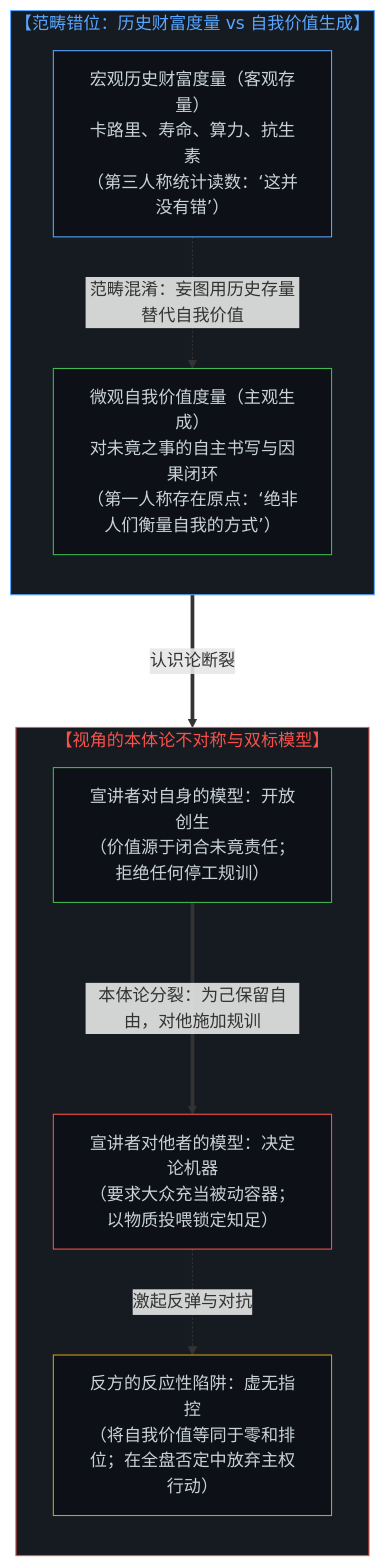
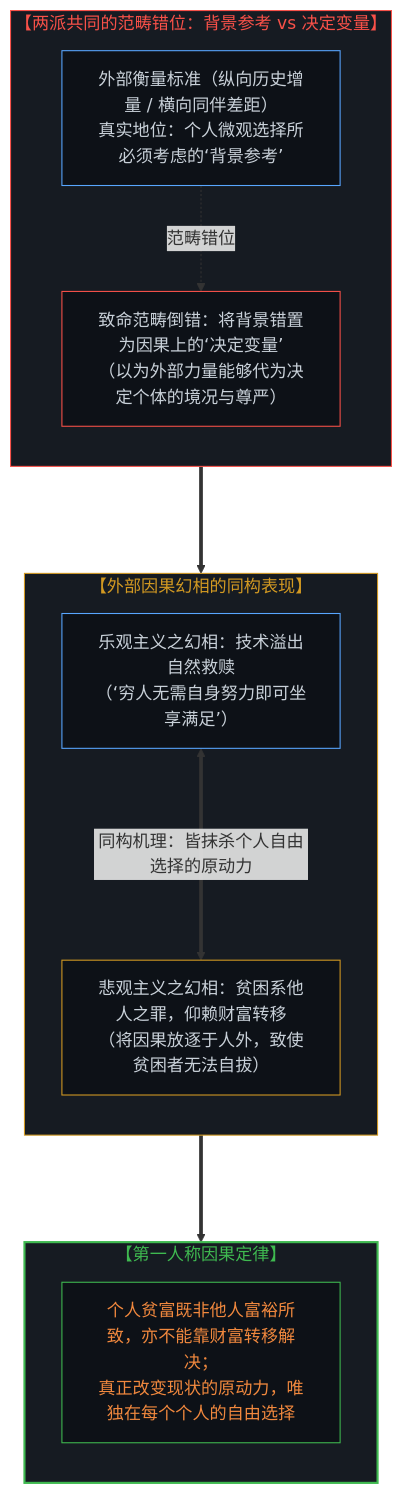
The third of 8 diagrams in content/posts/the-balcony-disciplinary-overstep-and-the-unproxyable-act.md (powerpig99/not-a-toe), drawn with Mermaid before and after one commit. The commit also changed other lines of this file and 3 other files, not shown here.

Commit message:
feat(post-342): articulate shared category error and individual choice as primary engine

````diff
--- a/content/posts/the-balcony-disciplinary-overstep-and-the-unproxyable-act.md
+++ b/content/posts/the-balcony-disciplinary-overstep-and-the-unproxyable-act.md
@@ -105,28 +116,33 @@
 ```mermaid
 graph TD
-    subgraph Category_Split["【范畴错位：历史财富度量 vs 自我价值生成】"]
+    subgraph Shared_Error["【两派共同的范畴错位：背景参考 vs 决定变量】"]
         direction TB
-        C1["宏观历史财富度量（客观存量）<br/>卡路里、寿命、算力、抗生素<br/>（第三人称统计读数：‘这并没有错’）"]
-        C2["微观自我价值度量（主观生成）<br/>对未竟之事的自主书写与因果闭环<br/>（第一人称存在原点：‘绝非人们衡量自我的方式’）"]
-        C1 -.->|"范畴混淆：妄图用历史存量替代自我价值"| C2
+        E1["外部衡量标准（纵向历史增量 / 横向同伴差距）<br/>真实地位：个人微观选择所必须考虑的‘背景参考’"]
+        E2["致命范畴倒错：将背景错置为因果上的‘决定变量’<br/>（以为外部力量能够代为决定个体的境况与尊严）"]
+        E1 -.->|"范畴错位"| E2
     end
 
-    subgraph Asymmetry["【视角的本体论不对称与双标模型】"]
+    subgraph Two_Illusions["【外部因果幻相的同构表现】"]
         direction TB
-        Self_Model["宣讲者对自身的模型：开放创生<br/>（价值源于闭合未竟责任；拒绝任何停工规训）"]
-        Other_Model["宣讲者对他者的模型：决定论机器<br/>（要求大众充当被动容器；以物质投喂锁定知足）"]
-        Opponent_Trap["反方的反应性陷阱：虚无指控<br/>（将自我价值等同于零和排位；在全盘否定中放弃主权行动）"]
-        Self_Model ===>|"本体论分裂：为己保留自由，对他施加规训"| Other_Model
-        Other_Model -.->|"激起反弹与对抗"| Opponent_Trap
+        I_Opt["乐观主义之幻相：技术溢出自然救赎<br/>（‘穷人无需自身努力即可坐享满足’）"]
+        I_Pess["悲观主义之幻相：贫困系他人之罪，仰赖财富转移<br/>（将因果放逐于人外，致使贫困者无法自拔）"]
+        I_Opt <===>|"同构机理：皆抹杀个人自由选择的原动力"| I_Pess
     end
 
-    Category_Split ===>|"认识论断裂"| Asymmetry
+    subgraph Sovereign_Truth["【第一人称因果定律】"]
+        direction TB
+        ST["个人贫富既非他人富裕所致，亦不能靠财富转移解决；<br/>真正改变现状的原动力，唯独在每个个人的自由选择"]
+    end
 
-    style Category_Split fill:#161b22,stroke:#58a6ff,stroke-width:1px,color:#58a6ff
-    style Asymmetry fill:#161b22,stroke:#f85149,stroke-width:1px,color:#f85149
-    style C1 fill:#0d1117,stroke:#58a6ff,stroke-width:1px,color:#c9d1d9
-    style C2 fill:#0d1117,stroke:#3fb950,stroke-width:1px,color:#c9d1d9
-    style Self_Model fill:#0d1117,stroke:#3fb950,stroke-width:1px,color:#c9d1d9
-    style Other_Model fill:#0d1117,stroke:#f85149,stroke-width:1px,color:#c9d1d9
-    style Opponent_Trap fill:#0d1117,stroke:#d29922,stroke-width:1px,color:#c9d1d9
+    Shared_Error ===> Two_Illusions
+    Two_Illusions ===> Sovereign_Truth
+
+    style Shared_Error fill:#161b22,stroke:#f85149,stroke-width:1px,color:#f85149
+    style Two_Illusions fill:#161b22,stroke:#d29922,stroke-width:1px,color:#d29922
+    style Sovereign_Truth fill:#161b22,stroke:#3fb950,stroke-width:2px,color:#3fb950
+    style E1 fill:#0d1117,stroke:#58a6ff,stroke-width:1px,color:#c9d1d9
+    style E2 fill:#0d1117,stroke:#f85149,stroke-width:1px,color:#c9d1d9
+    style I_Opt fill:#0d1117,stroke:#58a6ff,stroke-width:1px,color:#c9d1d9
+    style I_Pess fill:#0d1117,stroke:#d29922,stroke-width:1px,color:#c9d1d9
+    style ST fill:#0d1117,stroke:#3fb950,stroke-width:1px,color:#f0883e
 ```
````
